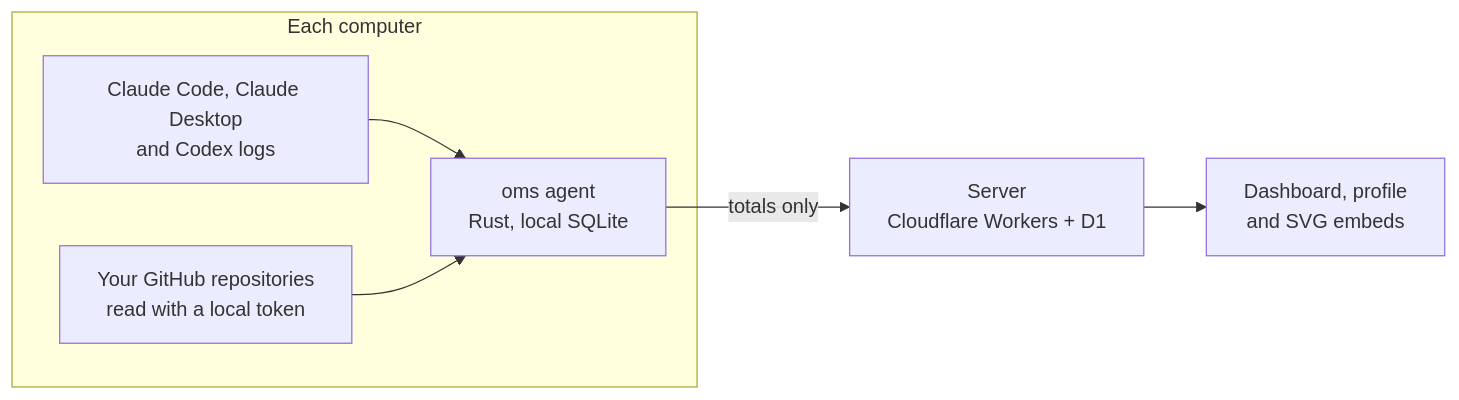
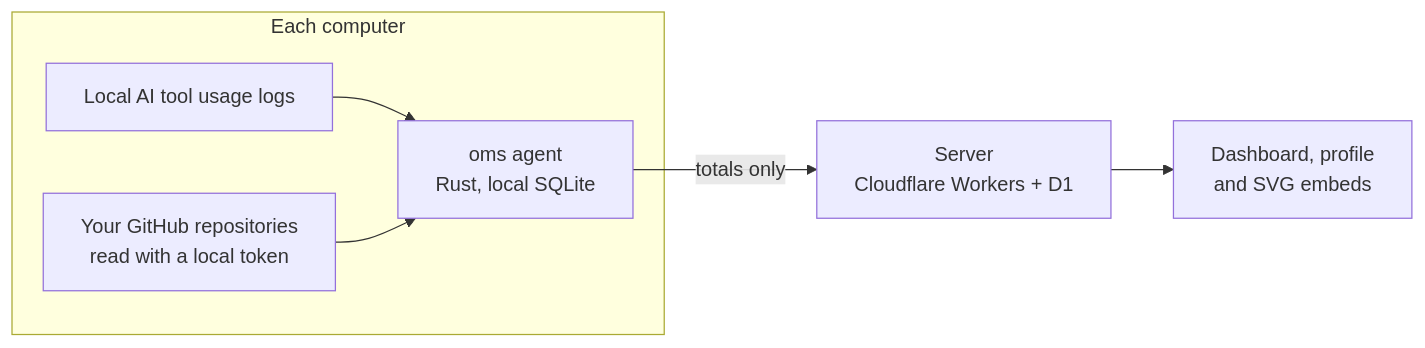
The diagram in README.md (saintlee83/oh-my-stats), drawn with Mermaid before and after one commit. The commit also changed other lines of this file and 27 other files, not shown here.

````diff
--- a/README.md
+++ b/README.md
@@ -42,9 +42,9 @@
 ```mermaid
 flowchart LR
   subgraph computer ["Each computer"]
-    logs["Claude Code, Claude Desktop<br/>and Codex logs"] --> agent["oms agent<br/>Rust, local SQLite"]
+    logs["Local AI tool usage logs"] --> agent["oms agent<br/>Rust, local SQLite"]
     repos["Your GitHub repositories<br/>read with a local token"] --> agent
   end
   agent -- "totals only" --> server["Server<br/>Cloudflare Workers + D1"]
   server --> views["Dashboard, profile<br/>and SVG embeds"]
 ```
````
